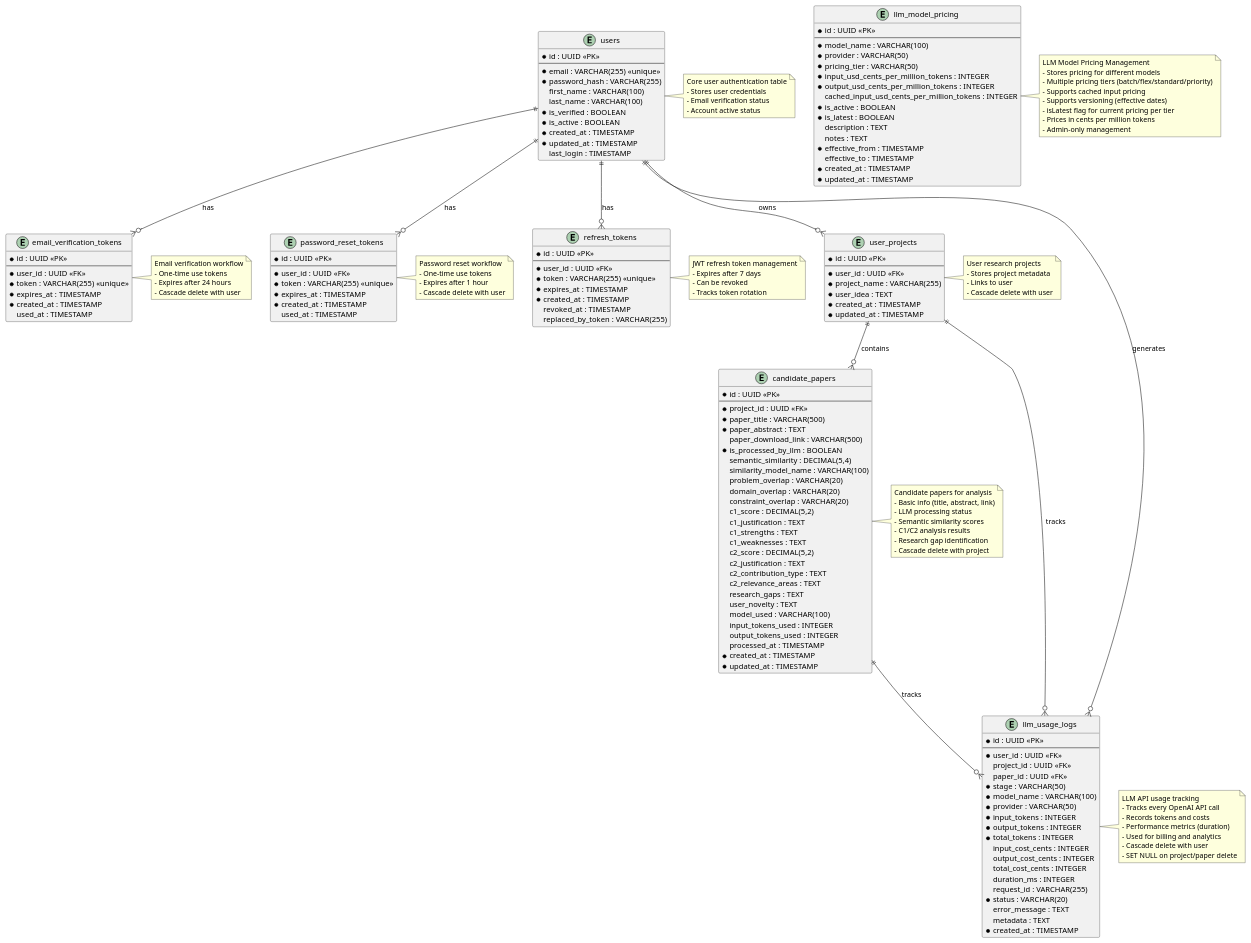
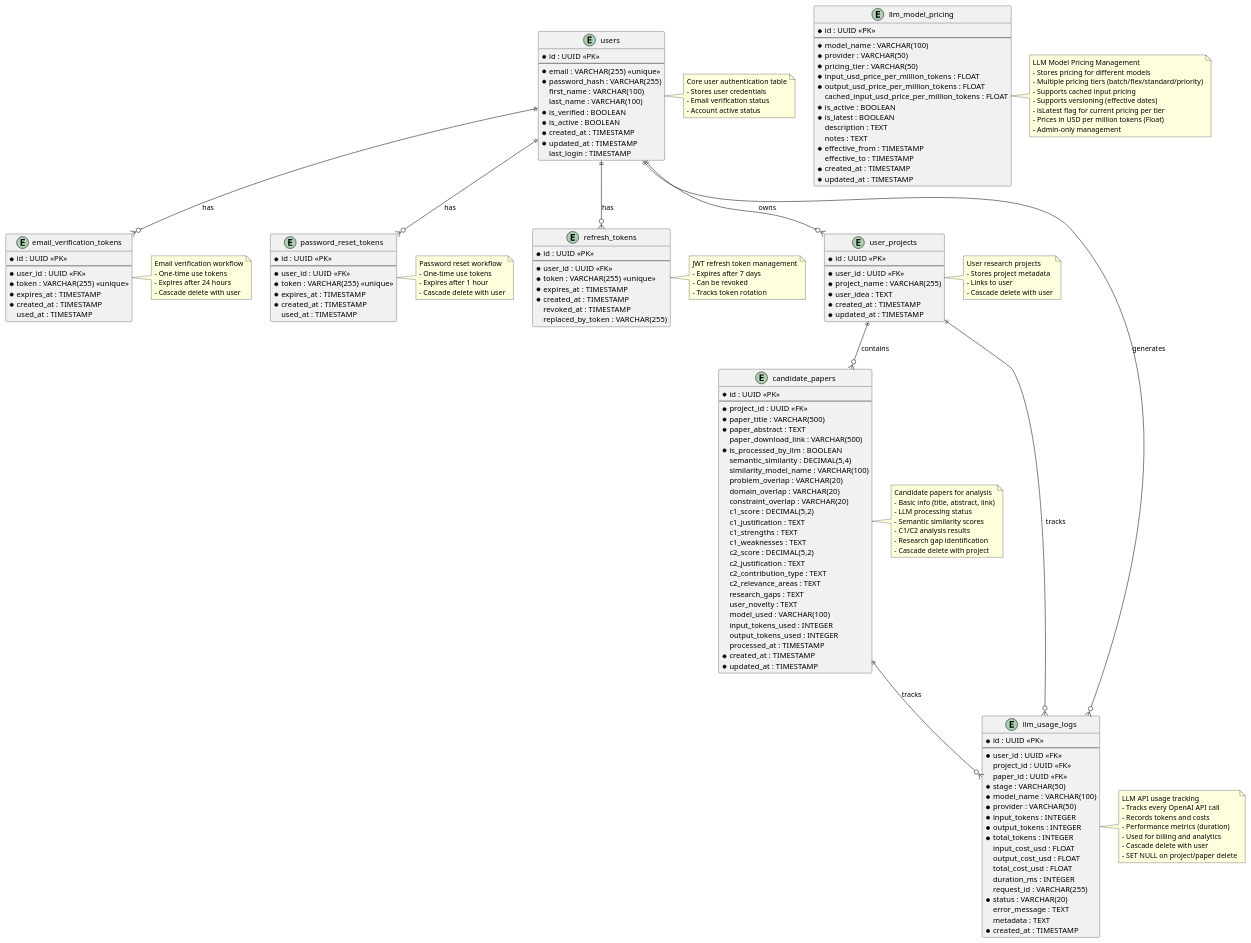
Before and after one commit to BidyutSaha/AgentR: the diagram in documentation/diagrams/database-er-diagram.puml, drawn with PlantUML. The commit also changed 11 other files, not shown here.

```diff
--- a/documentation/diagrams/database-er-diagram.puml
+++ b/documentation/diagrams/database-er-diagram.puml
@@ -101,9 +101,9 @@
   * model_name : VARCHAR(100)
   * provider : VARCHAR(50)
   * pricing_tier : VARCHAR(50)
-  * input_usd_cents_per_million_tokens : INTEGER
-  * output_usd_cents_per_million_tokens : INTEGER
-  cached_input_usd_cents_per_million_tokens : INTEGER
+  * input_usd_price_per_million_tokens : FLOAT
+  * output_usd_price_per_million_tokens : FLOAT
+  cached_input_usd_price_per_million_tokens : FLOAT
   * is_active : BOOLEAN
   * is_latest : BOOLEAN
   description : TEXT
@@ -126,9 +126,9 @@
   * input_tokens : INTEGER
   * output_tokens : INTEGER
   * total_tokens : INTEGER
-  input_cost_cents : INTEGER
-  output_cost_cents : INTEGER
-  total_cost_cents : INTEGER
+  input_cost_usd : FLOAT
+  output_cost_usd : FLOAT
+  total_cost_usd : FLOAT
   duration_ms : INTEGER
   request_id : VARCHAR(255)
   * status : VARCHAR(20)
@@ -202,7 +202,7 @@
   - Supports cached input pricing
   - Supports versioning (effective dates)
   - isLatest flag for current pricing per tier
-  - Prices in cents per million tokens
+  - Prices in USD per million tokens (Float)
   - Admin-only management
 end note
 
```
